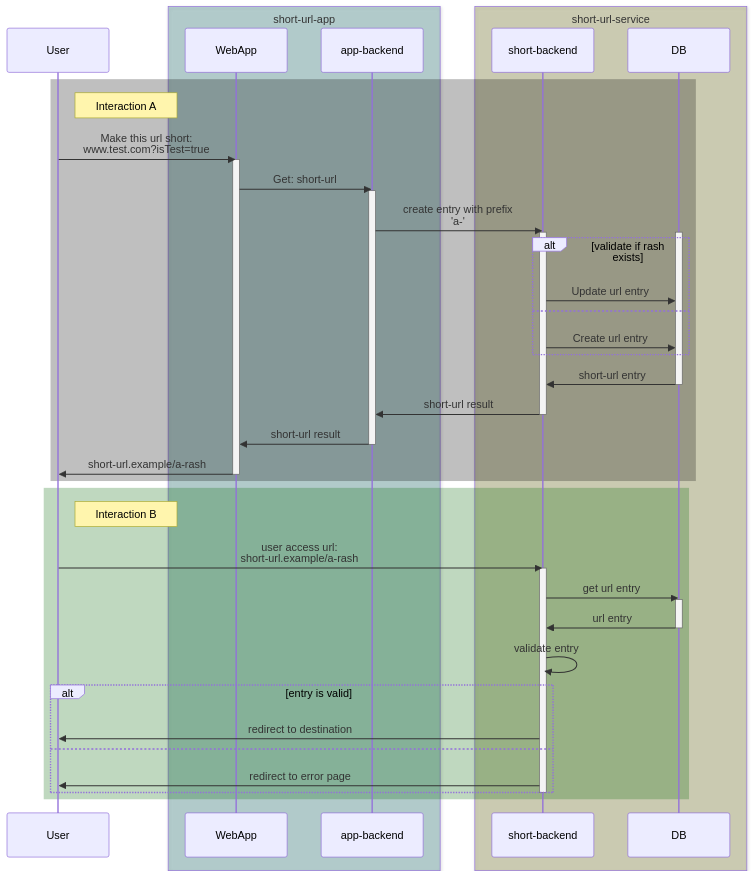
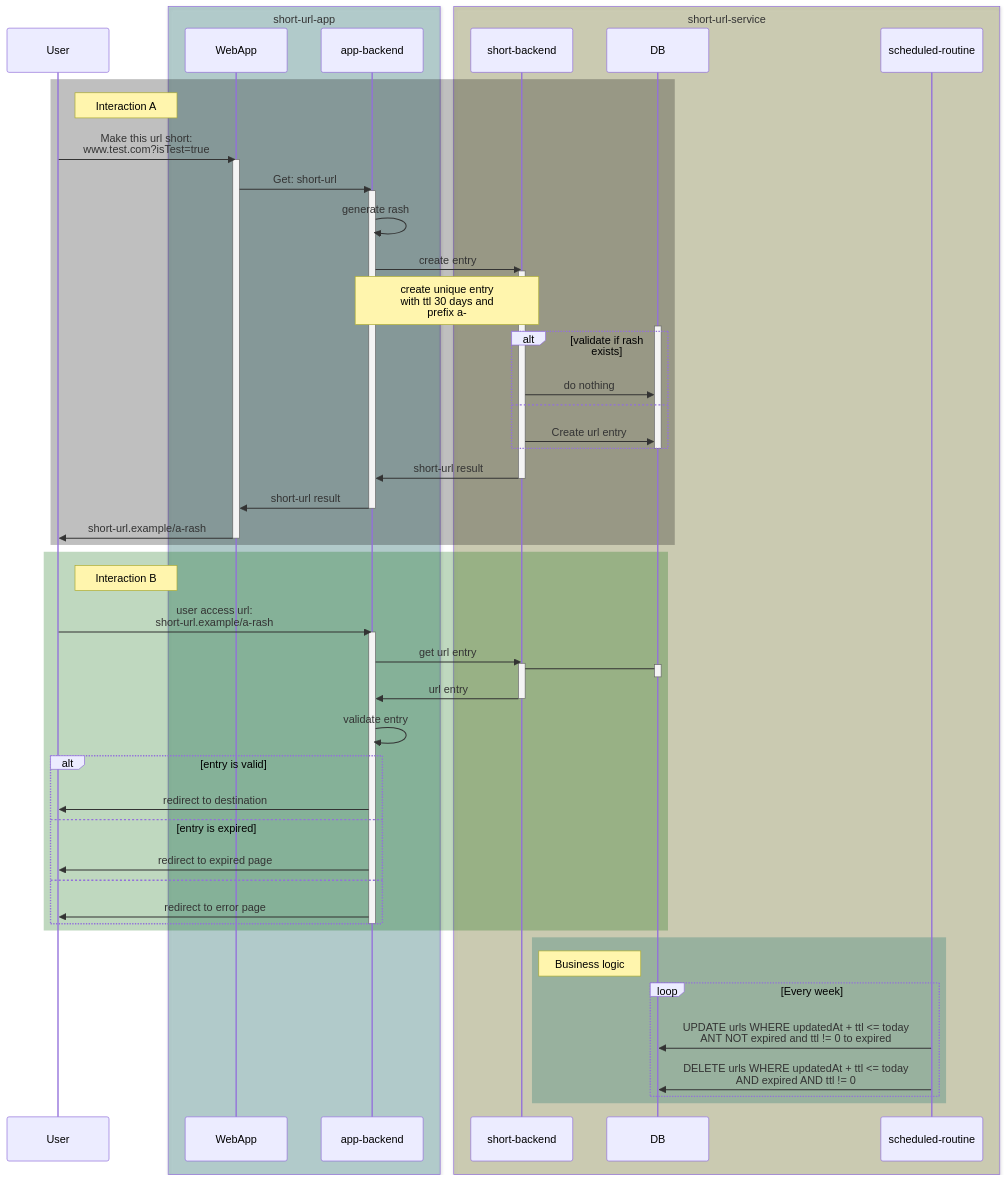
One commit to vzsoares/shortener changed the diagram in doc/sequence.md. Above: the diagram before and after it, drawn with Mermaid. The commit also changed 2 other files, not shown here.

Commit message:
chr: upt doc

````diff
--- a/doc/sequence.md
+++ b/doc/sequence.md
@@ -1,52 +1,66 @@
 ```mermaid
 sequenceDiagram
 
 participant u as User
 box rgba(0,100,100,0.25) short-url-app
 participant w as WebApp
 participant b as app-backend
 end
 box rgba(100,100,0,0.25) short-url-service
 participant s as short-backend
 participant d as DB
+participant r as scheduled-routine
 end
 rect rgba(0,0,0,0.25)
 note right of u: Interaction A
     u->>w: Make this url short:<br/> www.test.com?isTest=true
     activate w
     w->>b: Get: short-url
     activate b
-    b->>s: create entry with prefix<br/>'a-'
+    b->>b: generate rash
+    b->>s: create entry
     activate s
+    note over s,b: create unique entry<br/>with ttl 30 days and<br/>prefix a-
     activate d
     alt validate if rash exists
-        s->>d: Update url entry
+        s->>d: do nothing
     else
         s->>d: Create url entry
     end
-    d->>s: short-url entry
     deactivate d
     s->>b: short-url result
     deactivate s
     b->>w: short-url result
     deactivate b
     w->>u: short-url.example/a-rash
     deactivate w
 end
 rect rgba(0,100,0,0.25)
 note right of u: Interaction B
-    u->>s: user access url:<br/>short-url.example/a-rash
+    u->>b: user access url:<br/>short-url.example/a-rash
+    activate b
+    b->>s: get url entry
     activate s
-    s->>d: get url entry
     activate d
-    d->>s: url entry
+    s->d: 
     deactivate d
-    s->>s: validate entry
+    s->>b: url entry
+    deactivate s
+    b->>b: validate entry
     alt entry is valid
-        s->>u: redirect to destination
+        b->>u: redirect to destination
+    else entry is expired
+        b->>u: redirect to expired page
     else
-        s->>u: redirect to error page
+        b->>u: redirect to error page
     end
-    deactivate s
+    deactivate b
+end
+rect rgba(0,100,100,0.25)
+note right of s: Business logic
+    loop Every week
+    r->>d: UPDATE urls WHERE updatedAt + ttl <= today<br/> ANT NOT expired and ttl != 0 to expired
+    r->>d: DELETE urls WHERE updatedAt + ttl <= today<br/> AND expired AND ttl != 0
+    end
 end
 ```
````
